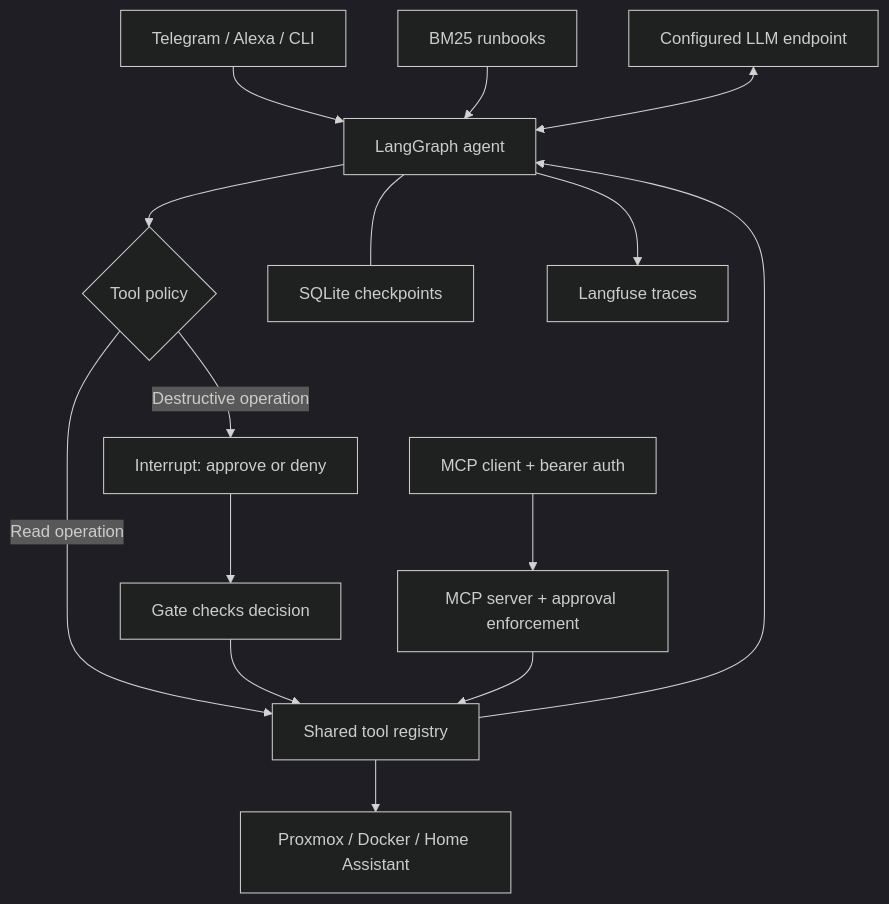
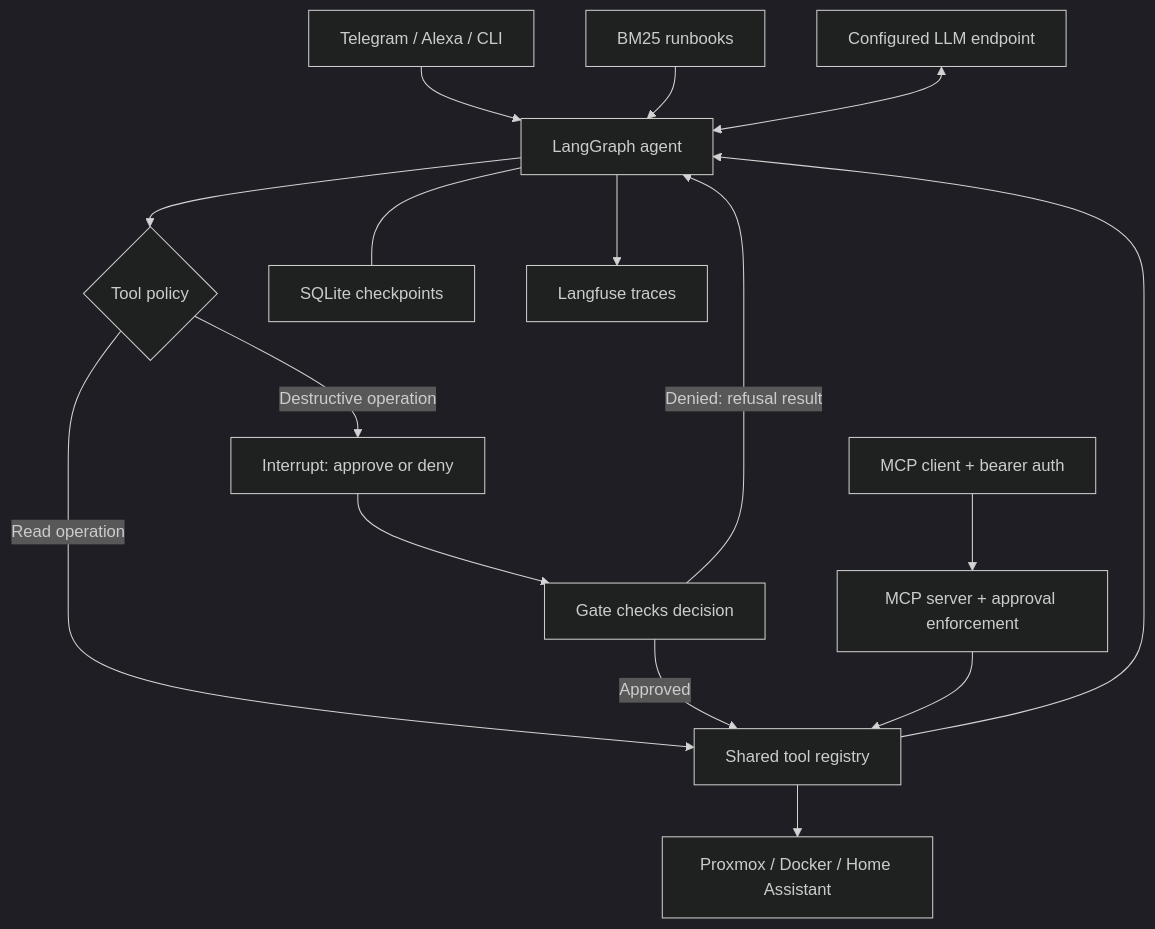
One commit to naveen6gowda/Portfolio changed the diagram in ai/Agent_AI/README.md. Above: the diagram before and after it, drawn with Mermaid (dark theme).

Commit message:
Show the denied-action return path in the agent diagram

````diff
--- a/ai/Agent_AI/README.md
+++ b/ai/Agent_AI/README.md
@@ -19,17 +19,18 @@
 ```mermaid
 flowchart TD
     UI[Telegram / Alexa / CLI] --> A[LangGraph agent]
     R[BM25 runbooks] --> A
     L[Configured LLM endpoint] <--> A
     A --> P{Tool policy}
     P -->|Read operation| T[Shared tool registry]
     P -->|Destructive operation| H[Interrupt: approve or deny]
     H --> G[Gate checks decision]
-    G --> T
+    G -->|Approved| T
+    G -->|Denied: refusal result| A
     T --> I[Proxmox / Docker / Home Assistant]
     T --> A
     A --- C[SQLite checkpoints]
     A --> O[Langfuse traces]
     M[MCP client + bearer auth] --> S[MCP server + approval enforcement]
     S --> T
 ```
````
